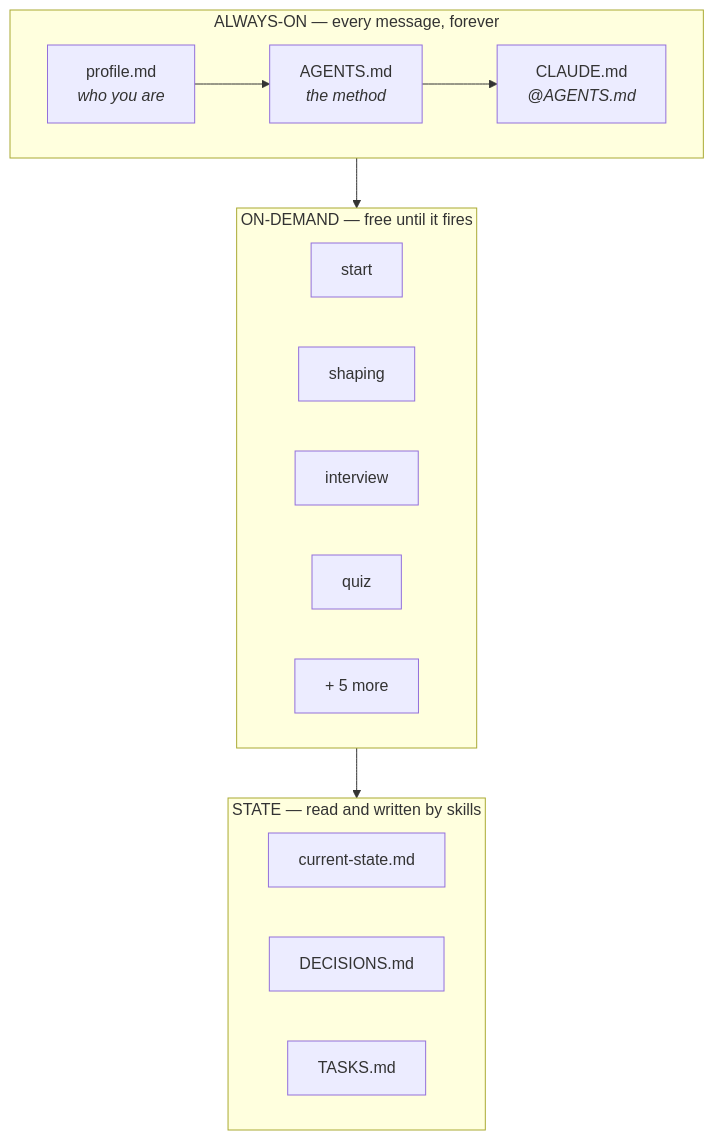
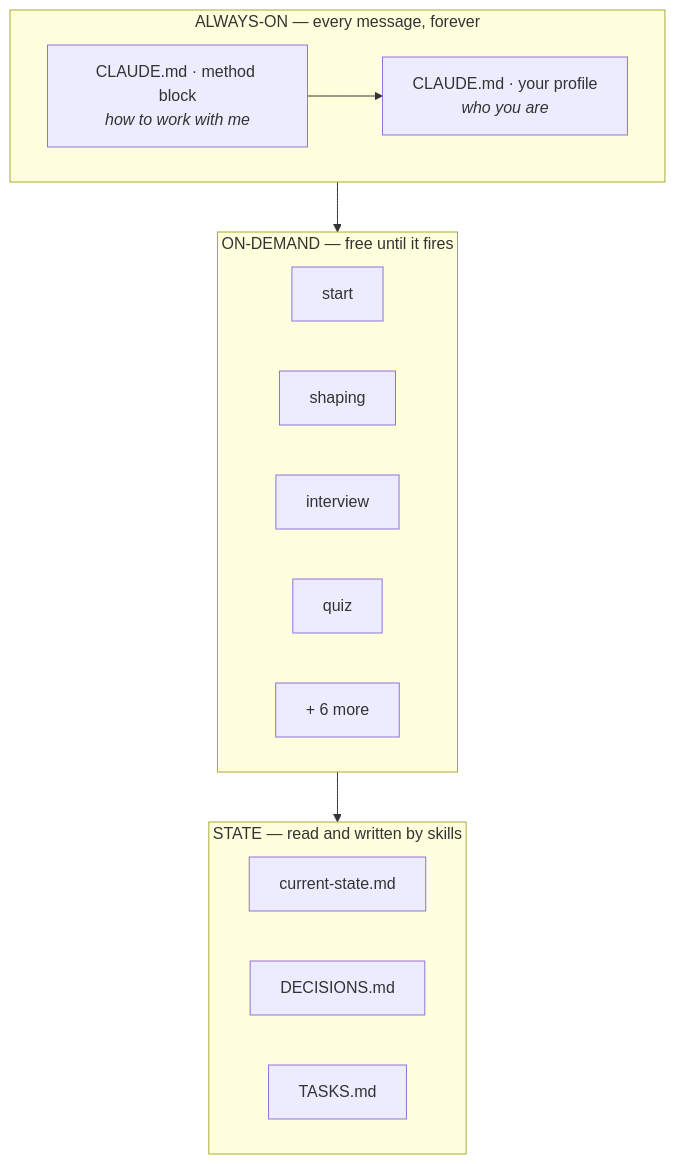
The first of 2 diagrams in README.md (ronbronstein/dont-run-off), drawn with Mermaid before and after one commit. The commit also changed other lines of this file and 4 other files, not shown here.

````diff
--- a/README.md
+++ b/README.md
@@ -68,25 +68,25 @@
 ```mermaid
 flowchart TB
     subgraph always ["ALWAYS-ON — every message, forever"]
         direction LR
-        A["profile.md<br/><i>who you are</i>"] --> B["AGENTS.md<br/><i>the method</i>"] --> C["CLAUDE.md<br/><i>@AGENTS.md</i>"]
+        A["CLAUDE.md · method block<br/><i>how to work with me</i>"] --> B["CLAUDE.md · your profile<br/><i>who you are</i>"]
     end
 
     subgraph demand ["ON-DEMAND — free until it fires"]
         direction LR
         D["start"]
         E["shaping"]
         F["interview"]
         G["quiz"]
-        H["+ 5 more"]
+        H["+ 6 more"]
     end
 
     subgraph state ["STATE — read and written by skills"]
         direction LR
         I["current-state.md"]
         J["DECISIONS.md"]
         K["TASKS.md"]
     end
 
     always --> demand --> state
 ```
````
